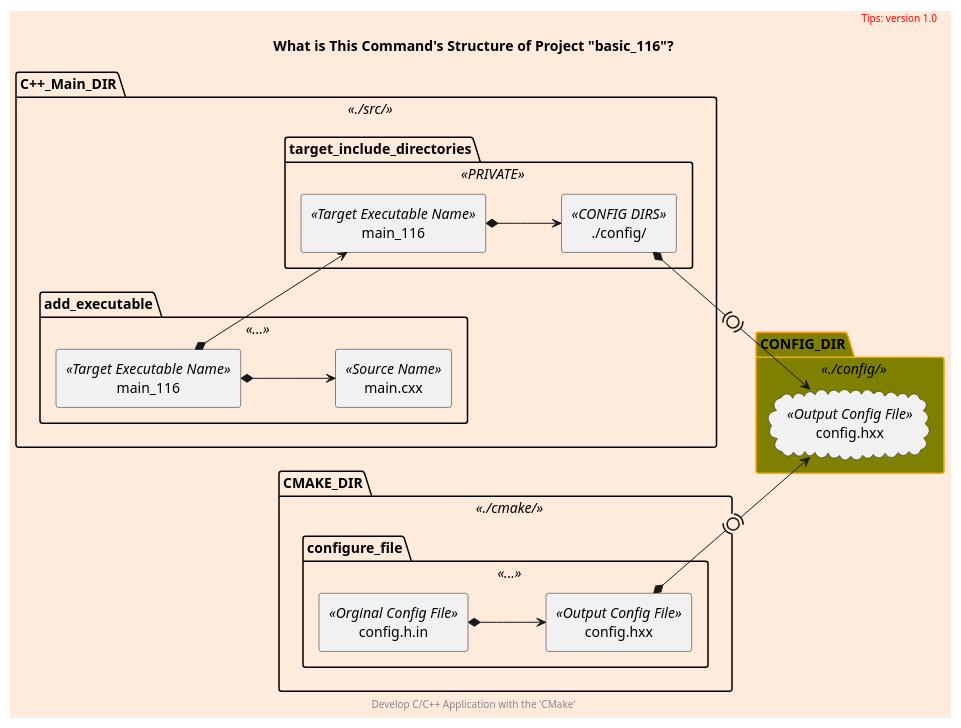
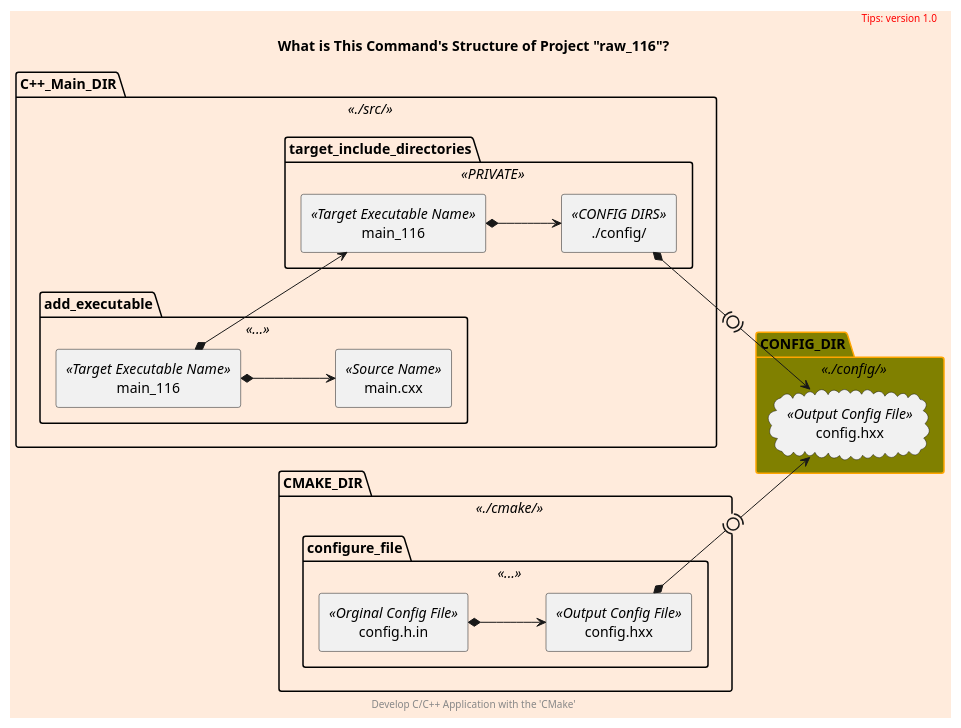
One commit to cnruby/w3h1_cmake changed the diagram in docs/what-command.puml. Above: the diagram before and after it, drawn with PlantUML. The commit also changed 12 other files, not shown here.

```diff
--- a/docs/what-command.puml
+++ b/docs/what-command.puml
@@ -1,55 +1,55 @@
 @startuml
 scale 800 width
 skinparam backgroundColor #FFEBDC
 scale 1
 
 skinparam Folder {
   backgroundColor Olive
   borderColor orange
 }
 
 left to right direction
 package C++_Main_DIR <<./src/>> as cxx_main {
     package add_executable <<...>> {
         rectangle main_116 <<Target Executable Name>> as main_116
         rectangle main.cxx <<Source Name>> as main_cxx
     }
     package target_include_directories <<PRIVATE>> as include_config {
         rectangle main_116 <<Target Executable Name>> as main_116_include
         rectangle "./config/" <<CONFIG DIRS>> as config_dir
     }
 
     main_116 *--> main_cxx
     main_116 *--> main_116_include
     main_116_include *--> config_dir
 }
 
 Folder CONFIG_DIR <<./config/>> as config_dir_out {
     cloud config.hxx <<Output Config File>> as config_hxx_out
 }
 
 package CMAKE_DIR <<./cmake/>> as cmake_config {
     package configure_file <<...>> {
         rectangle config.h.in <<Orginal Config File>> as config_h_in
         rectangle config.hxx <<Output Config File>> as config_hxx
     }
 
     config_h_in *--> config_hxx
 }
 
 
 config_dir *-(0)-> config_hxx_out
 config_hxx *-(0)-> config_hxx_out
 
 
 title
-    What is This Command's Structure of Project "basic_116"?
+    What is This Command's Structure of Project "raw_116"?
 end title
 
 header
 <font color=red>Tips: version 1.0</font>
 endheader
 
 center footer Develop C/C++ Application with the 'CMake'
 
 @enduml
```
